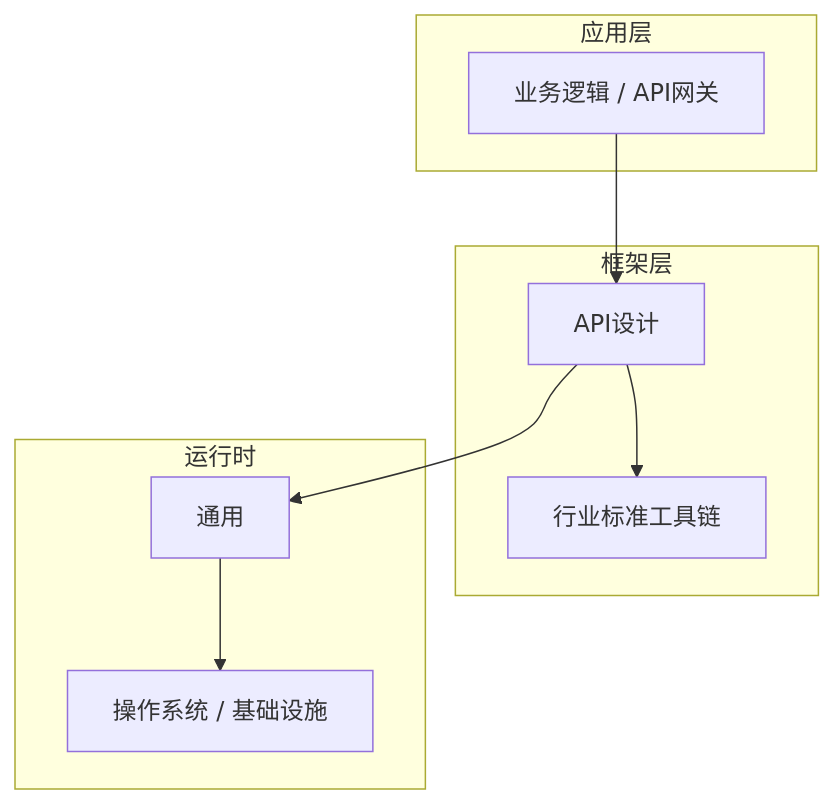
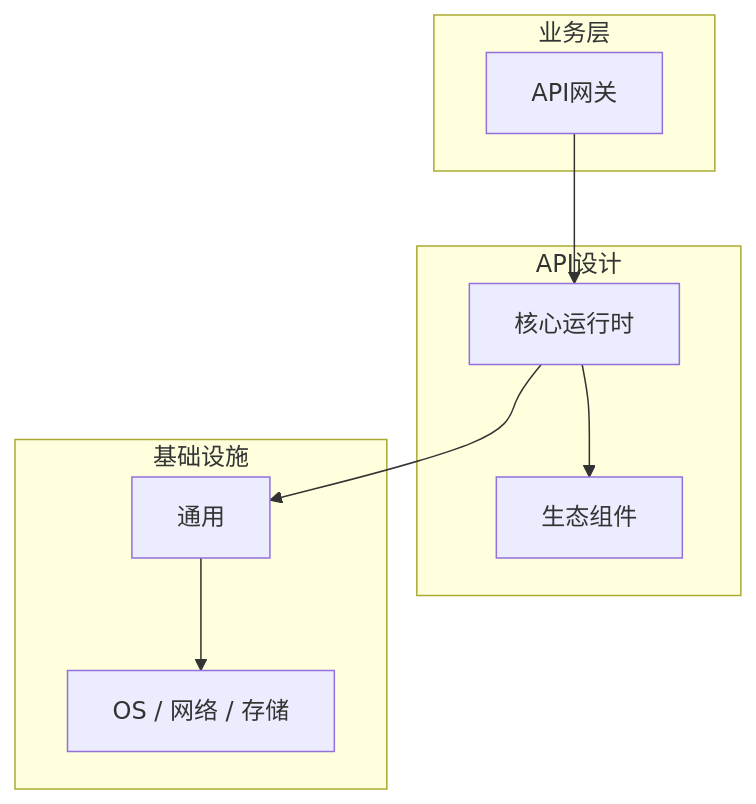
One commit to yanggan2015/knowledge-json-v2 changed the diagram in articles/API设计/chapters/041-API网关核心概念与原理.md. Above: the diagram before and after it, drawn with Mermaid. The commit also changed other lines of this file and 10127 other files, not shown here.

````diff
--- a/articles/API设计/chapters/041-API网关核心概念与原理.md
+++ b/articles/API设计/chapters/041-API网关核心概念与原理.md
@@ -45,18 +34,18 @@
 ```mermaid
 graph TB
-    subgraph 应用层
-        A[业务逻辑 / API网关]
+    subgraph 业务层
+        A[API网关]
     end
-    subgraph 框架层
-        B[API设计]
-        C[行业标准工具链]
+    subgraph API设计
+        B[核心运行时]
+        C[生态组件]
     end
-    subgraph 运行时
+    subgraph 基础设施
         D[通用]
-        E[操作系统 / 基础设施]
+        E[OS / 网络 / 存储]
     end
     A --> B
     B --> C
     B --> D
     D --> E
 ```
````
